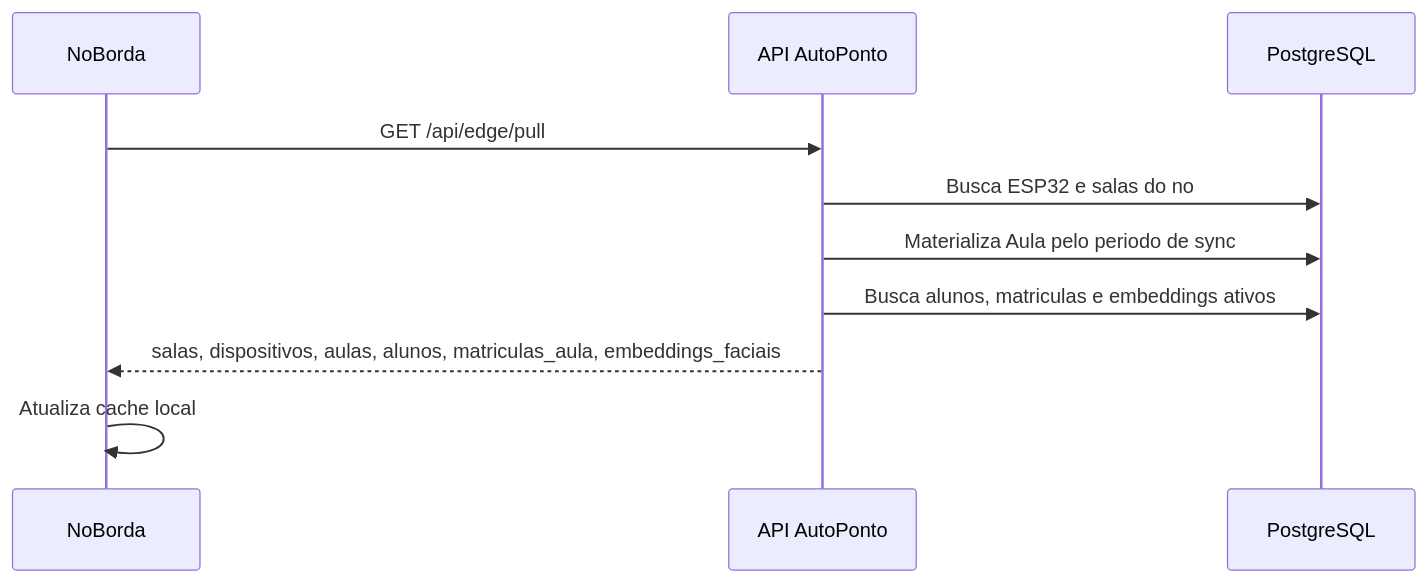
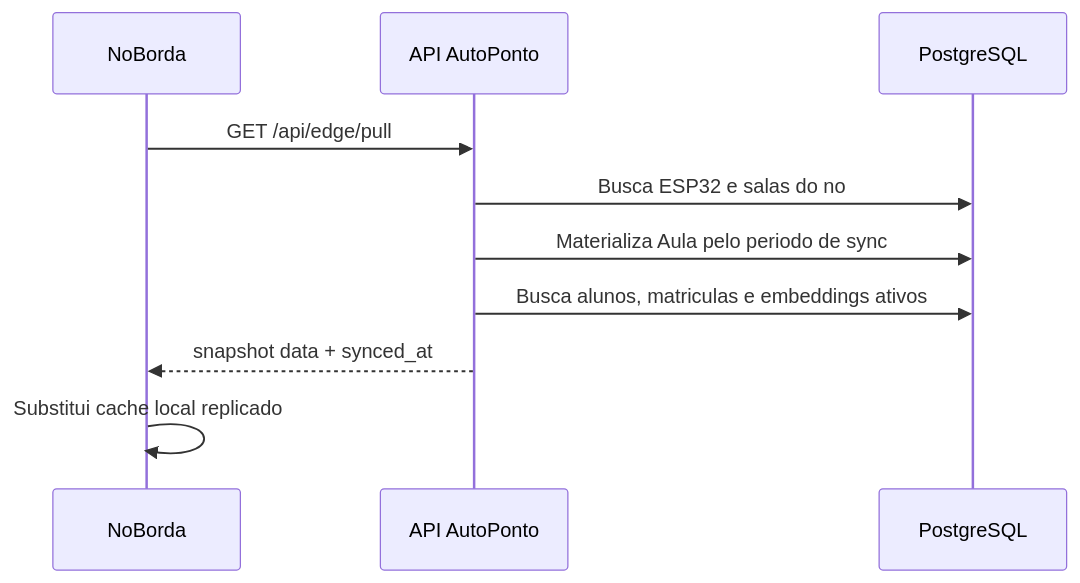
The fourth of 10 diagrams in autoponto-backend/docs/diagramas-tcc.md (DanielKGM/autoponto), drawn with Mermaid before and after one commit. The commit also changed other lines of this file and 17 other files, not shown here.

First line of the commit message:
feat: Refactor edge synchronization to use authoritative snapshot instead of incremental updates

````diff
--- a/autoponto-backend/docs/diagramas-tcc.md
+++ b/autoponto-backend/docs/diagramas-tcc.md
@@ -87,13 +87,13 @@
 ```mermaid
 sequenceDiagram
     participant Edge as NoBorda
     participant API as API AutoPonto
     participant DB as PostgreSQL
 
     Edge->>API: GET /api/edge/pull
     API->>DB: Busca ESP32 e salas do no
     API->>DB: Materializa Aula pelo periodo de sync
     API->>DB: Busca alunos, matriculas e embeddings ativos
-    API-->>Edge: salas, dispositivos, aulas, alunos, matriculas_aula, embeddings_faciais
-    Edge->>Edge: Atualiza cache local
+    API-->>Edge: snapshot data + synced_at
+    Edge->>Edge: Substitui cache local replicado
 ```
````
